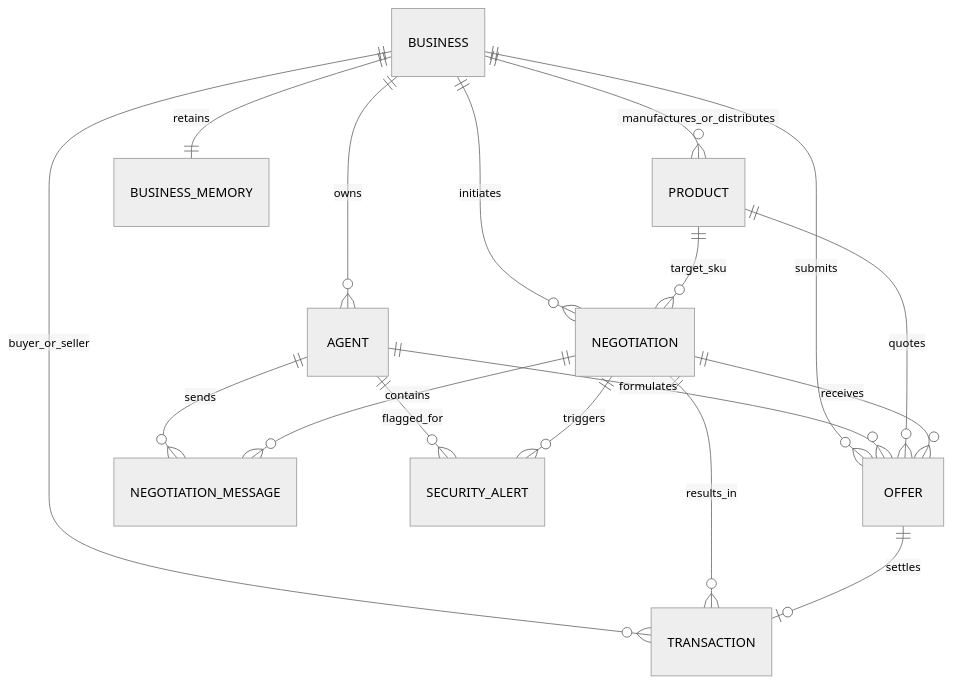
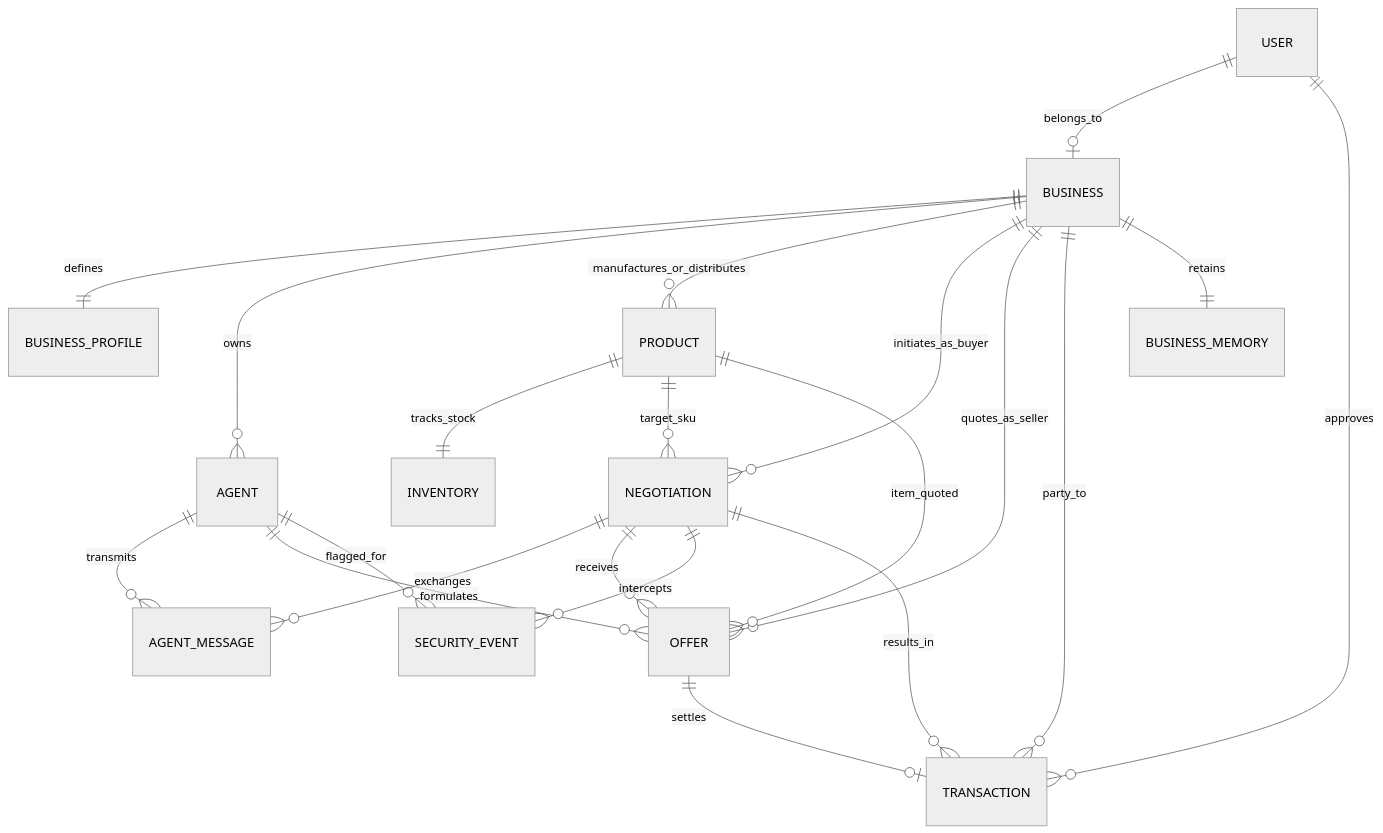
One commit to kartik-560/AgentMart-backend changed the diagram in docs/DATABASE.md. Above: the diagram before and after it, drawn with Mermaid (neutral theme). The commit also changed other lines of this file and 26 other files, not shown here.

Commit message:
feat: initialize backend service with core routes, controllers, services, and prisma schema

````diff
--- a/docs/DATABASE.md
+++ b/docs/DATABASE.md
@@ -14,23 +14,28 @@
 ```mermaid
 erDiagram
+    USER ||--o| BUSINESS : belongs_to
+    USER ||--o{ TRANSACTION : approves
+
+    BUSINESS ||--|| BUSINESS_PROFILE : defines
     BUSINESS ||--o{ AGENT : owns
     BUSINESS ||--o{ PRODUCT : manufactures_or_distributes
-    BUSINESS ||--o{ NEGOTIATION : initiates
-    BUSINESS ||--o{ OFFER : submits
-    BUSINESS ||--o{ TRANSACTION : buyer_or_seller
+    BUSINESS ||--o{ NEGOTIATION : initiates_as_buyer
+    BUSINESS ||--o{ OFFER : quotes_as_seller
+    BUSINESS ||--o{ TRANSACTION : party_to
     BUSINESS ||--|| BUSINESS_MEMORY : retains
 
-    AGENT ||--o{ NEGOTIATION_MESSAGE : sends
+    PRODUCT ||--|| INVENTORY : tracks_stock
+    PRODUCT ||--o{ NEGOTIATION : target_sku
+    PRODUCT ||--o{ OFFER : item_quoted
+
+    AGENT ||--o{ AGENT_MESSAGE : transmits
     AGENT ||--o{ OFFER : formulates
-    AGENT ||--o{ SECURITY_ALERT : flagged_for
+    AGENT ||--o{ SECURITY_EVENT : flagged_for
 
-    PRODUCT ||--o{ NEGOTIATION : target_sku
-    PRODUCT ||--o{ OFFER : quotes
-
-    NEGOTIATION ||--o{ NEGOTIATION_MESSAGE : contains
+    NEGOTIATION ||--o{ AGENT_MESSAGE : exchanges
     NEGOTIATION ||--o{ OFFER : receives
-    NEGOTIATION ||--o{ SECURITY_ALERT : triggers
+    NEGOTIATION ||--o{ SECURITY_EVENT : intercepts
     NEGOTIATION ||--o{ TRANSACTION : results_in
 
     OFFER ||--o| TRANSACTION : settles
 ```
````
